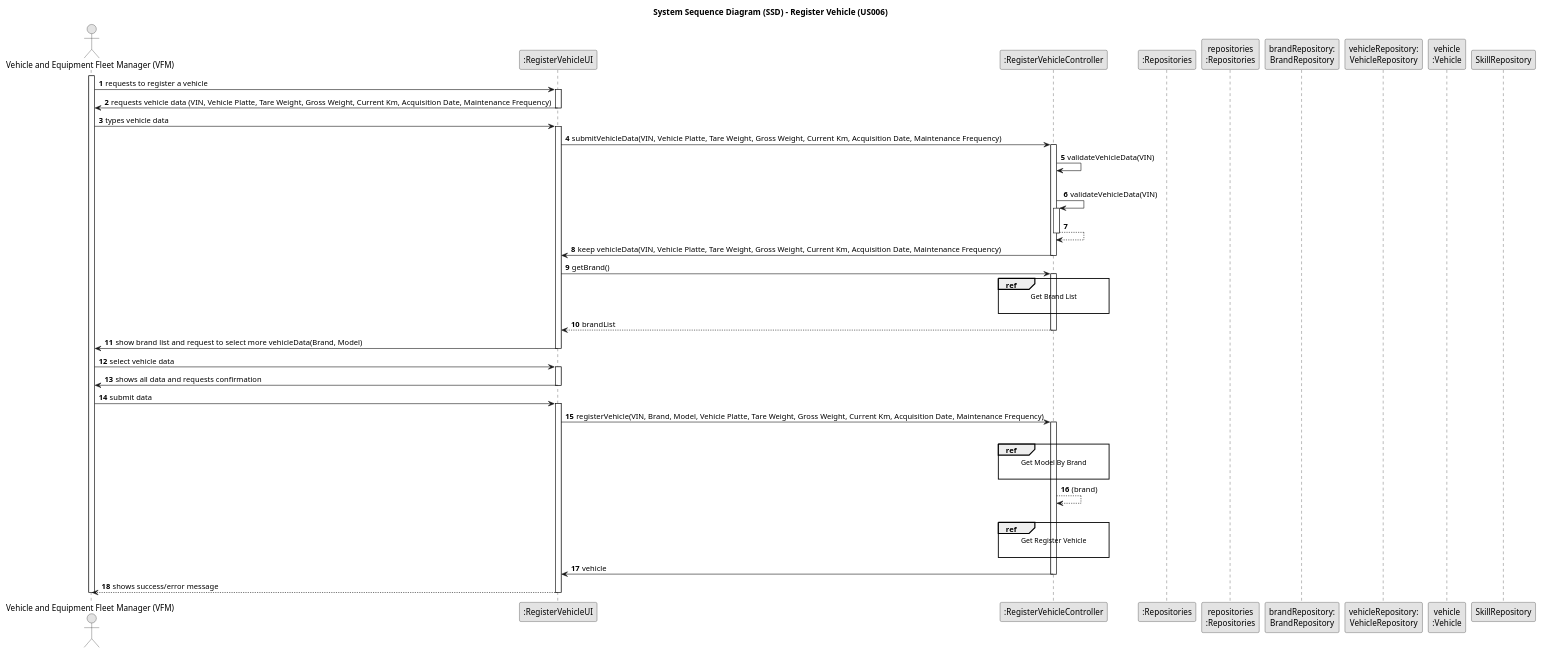
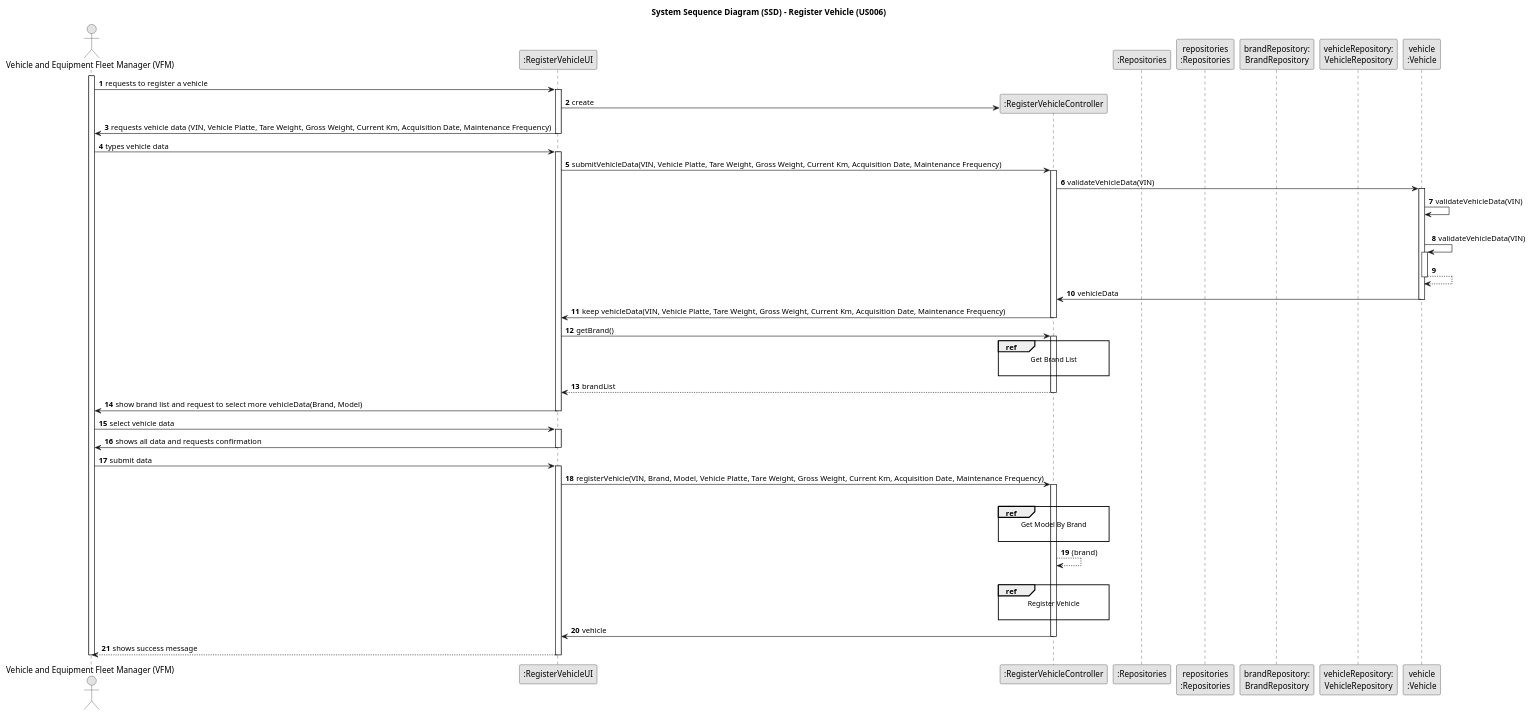
The diagram in docs/sprintB/us006/03.design/puml/us006-sequence-diagram-split.puml (ricardomm7/leaflink), drawn with PlantUML before and after one commit. The commit also changed 16 other files, not shown here.

```diff
--- a/docs/sprintB/us006/03.design/puml/us006-sequence-diagram-split.puml
+++ b/docs/sprintB/us006/03.design/puml/us006-sequence-diagram-split.puml
@@ -1,97 +1,108 @@
 @startuml
 skinparam monochrome true
 skinparam packageStyle rectangle
 skinparam shadowing false
 
 title System Sequence Diagram (SSD) - Register Vehicle (US006)
 
 autonumber
 
 'hide footbox
 actor "Vehicle and Equipment Fleet Manager (VFM)" as VFM
 participant ":RegisterVehicleUI" as UI
 participant ":RegisterVehicleController" as CTRL
 participant ":Repositories" as RepositorySingleton
 participant "repositories\n:Repositories" as PLAT
 participant "brandRepository:\nBrandRepository" as BrandRepository
 participant "vehicleRepository:\nVehicleRepository" as VehicleRepository
 participant "vehicle\n:Vehicle" as VEI
 
 activate VFM
 
     VFM -> UI : requests to register a vehicle
     activate UI
 
+                UI -> CTRL** : create
+
+
         UI -> VFM : requests vehicle data (VIN, Vehicle Platte, Tare Weight, Gross Weight, Current Km, Acquisition Date, Maintenance Frequency)
     deactivate UI
 
     VFM -> UI : types vehicle data
     activate UI
 
         UI -> CTRL : submitVehicleData(VIN, Vehicle Platte, Tare Weight, Gross Weight, Current Km, Acquisition Date, Maintenance Frequency)
-        activate CTRL
+                activate CTRL
 
-            CTRL -> CTRL : validateVehicleData(VIN)
+                    CTRL -> VEI : validateVehicleData(VIN)
+                    activate VEI
 
-            |||
-            CTRL -> CTRL : validateVehicleData(VIN)
-            activate CTRL
-                CTRL --> CTRL
-            deactivate CTRL
+                        VEI -> VEI : validateVehicleData(VIN)
+
+                        |||
+
+                        VEI -> VEI : validateVehicleData(VIN)
+                        activate VEI
+
+                        VEI --> VEI
+                        deactivate VEI
+
+                    VEI -> CTRL : vehicleData
+                    deactivate VEI
 
         CTRL -> UI : keep vehicleData(VIN, Vehicle Platte, Tare Weight, Gross Weight, Current Km, Acquisition Date, Maintenance Frequency)
         deactivate CTRL
 
         UI -> CTRL : getBrand()
         activate CTRL
 
          ref over CTRL
                     Get Brand List
 
                 end ref
 
             CTRL --> UI : brandList
         deactivate CTRL
 
     UI -> VFM : show brand list and request to select more vehicleData(Brand, Model)
     deactivate UI
 
     VFM -> UI : select vehicle data
     activate UI
 
         UI -> VFM : shows all data and requests confirmation
     deactivate UI
 
     VFM -> UI : submit data
     activate UI
 
         UI -> CTRL : registerVehicle(VIN, Brand, Model, Vehicle Platte, Tare Weight, Gross Weight, Current Km, Acquisition Date, Maintenance Frequency)
         activate CTRL
 
          ref over CTRL
                     Get Model By Brand
 
                 end ref
 
-            deactivate SkillRepository
+            deactivate BrandRepository
 
          CTRL --> CTRL : (brand)
 
             |||
 
             ref over CTRL
-                                Get Register Vehicle
+                                Register Vehicle
 
                             end ref
 
-                        deactivate SkillRepository
+                        deactivate BrandRepository
 
             CTRL -> UI: vehicle
         deactivate CTRL
 
-        UI --> VFM : shows success/error message
+        UI --> VFM : shows success message
     deactivate UI
 
 deactivate VFM
 
 @enduml
```
